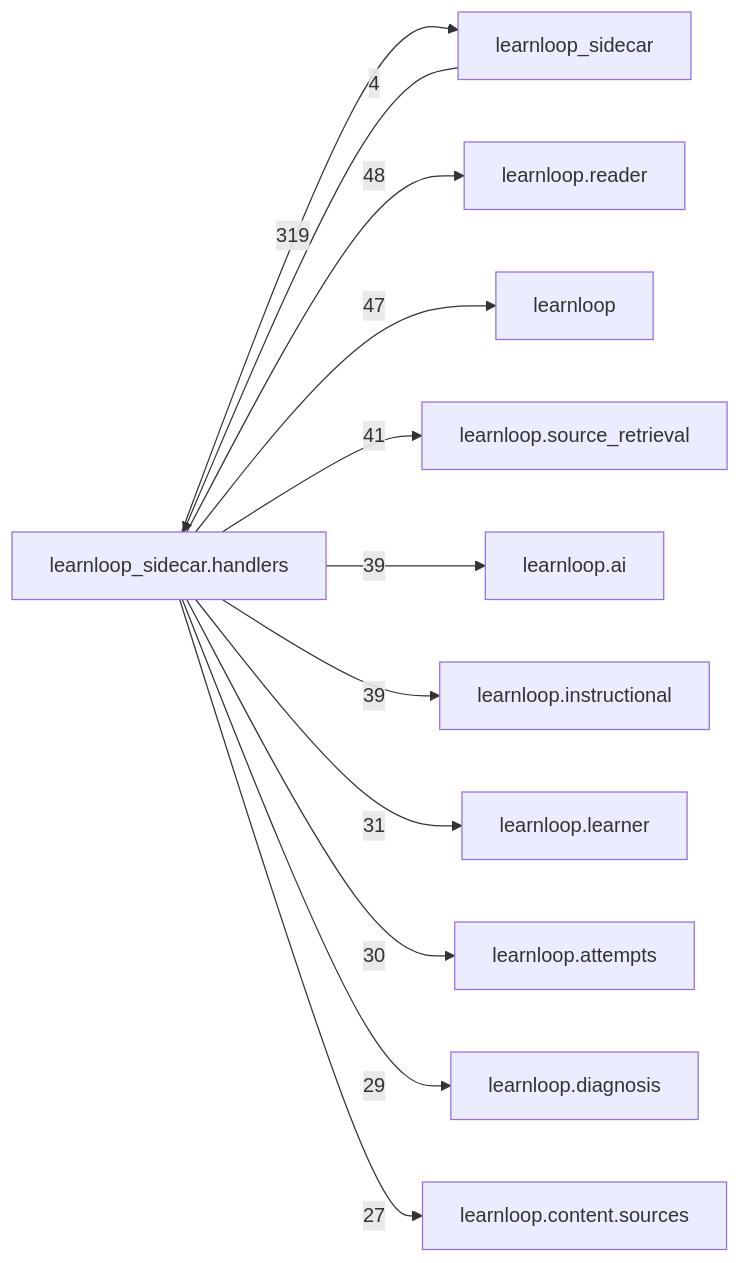
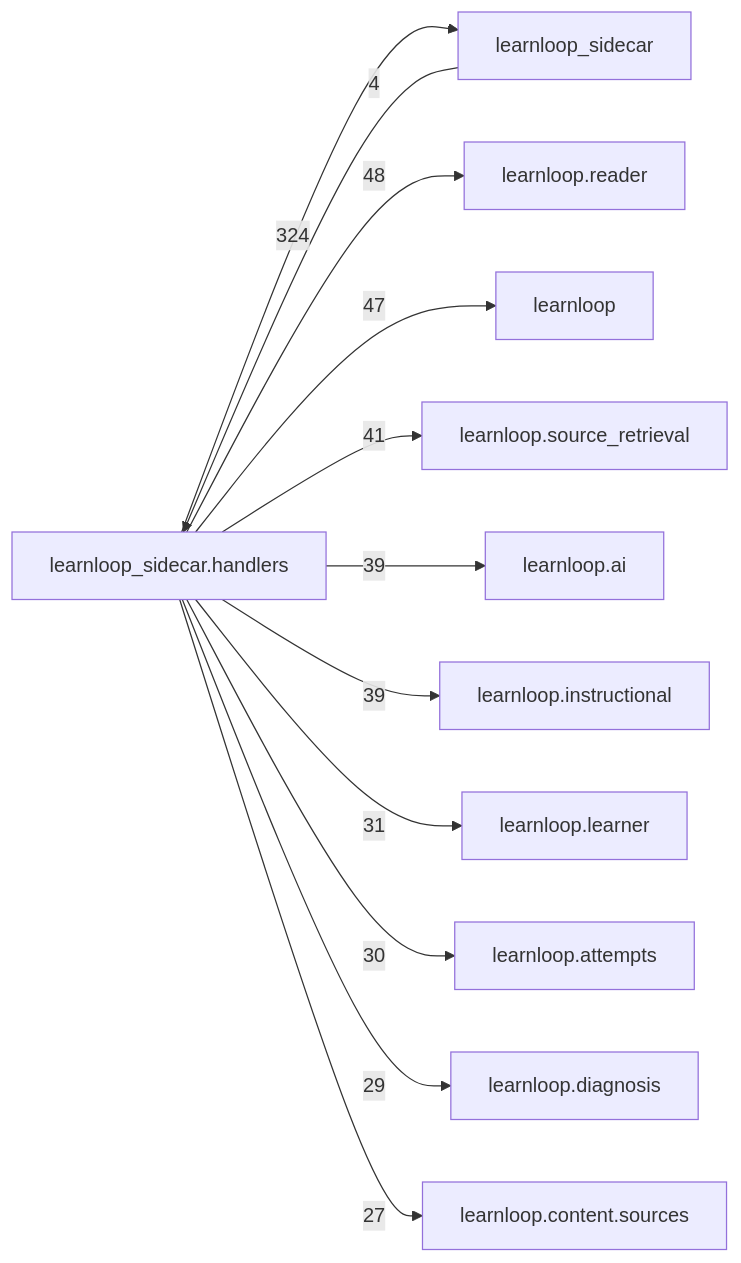
One commit to 6up-b/learnanything changed the diagram in docs/learnloop-architecture-vault/Reference/Modules/learnloop_sidecar/handlers/_package.md. Above: the diagram before and after it, drawn with Mermaid. The commit also changed other lines of this file and 46 other files, not shown here.

````diff
--- a/docs/learnloop-architecture-vault/Reference/Modules/learnloop_sidecar/handlers/_package.md
+++ b/docs/learnloop-architecture-vault/Reference/Modules/learnloop_sidecar/handlers/_package.md
@@ -261,25 +261,25 @@
 ```mermaid
 flowchart LR
     center["learnloop_sidecar.handlers"]
     n_learnloop_sidecar["learnloop_sidecar"]
     n_learnloop_reader["learnloop.reader"]
     n_learnloop["learnloop"]
     n_learnloop_source_retrieval["learnloop.source_retrieval"]
     n_learnloop_ai["learnloop.ai"]
     n_learnloop_instructional["learnloop.instructional"]
     n_learnloop_learner["learnloop.learner"]
     n_learnloop_attempts["learnloop.attempts"]
     n_learnloop_diagnosis["learnloop.diagnosis"]
     n_learnloop_content_sources["learnloop.content.sources"]
     n_learnloop_sidecar -->|4| center
-    center -->|319| n_learnloop_sidecar
+    center -->|324| n_learnloop_sidecar
     center -->|48| n_learnloop_reader
     center -->|47| n_learnloop
     center -->|41| n_learnloop_source_retrieval
     center -->|39| n_learnloop_ai
     center -->|39| n_learnloop_instructional
     center -->|31| n_learnloop_learner
     center -->|30| n_learnloop_attempts
     center -->|29| n_learnloop_diagnosis
     center -->|27| n_learnloop_content_sources
 ```
````
